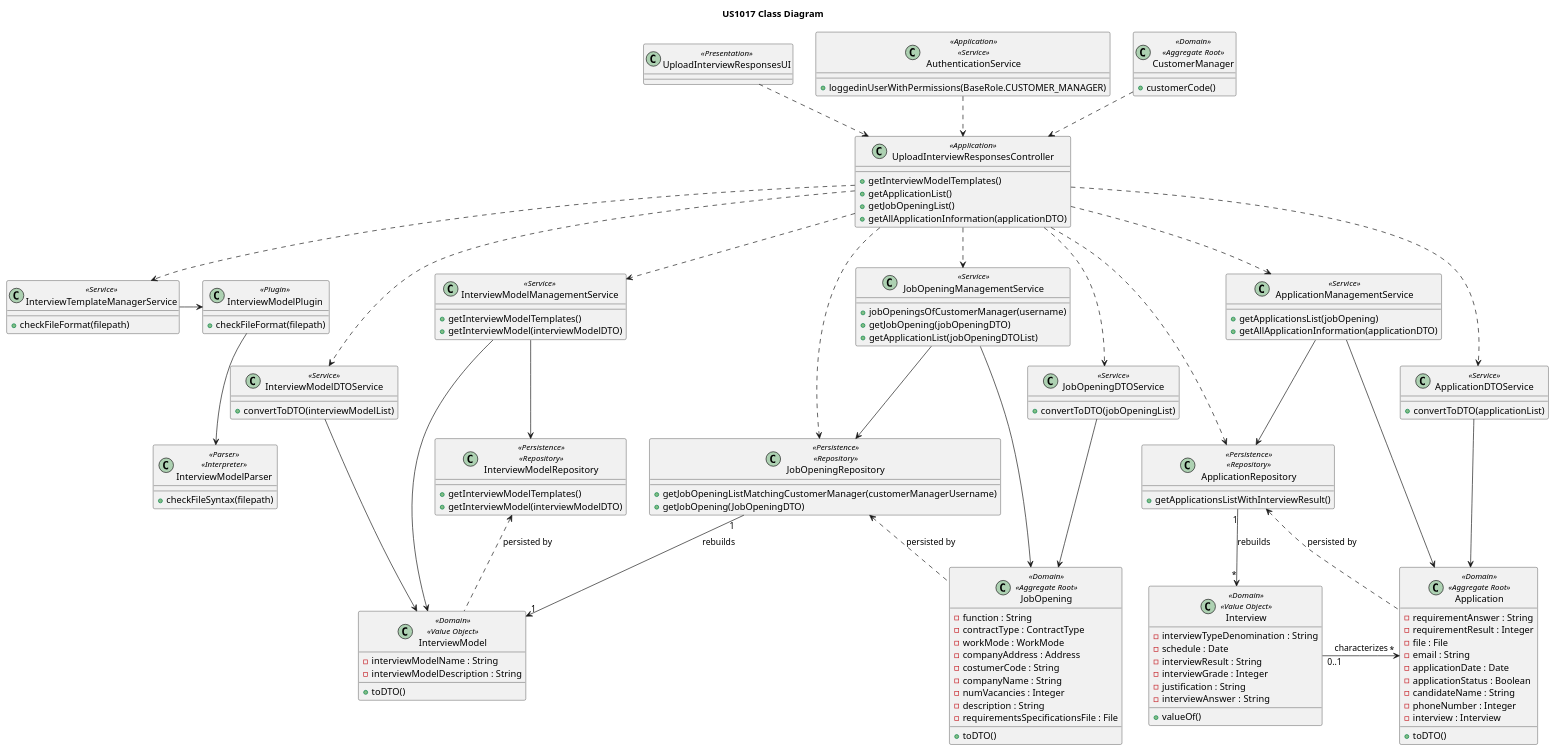
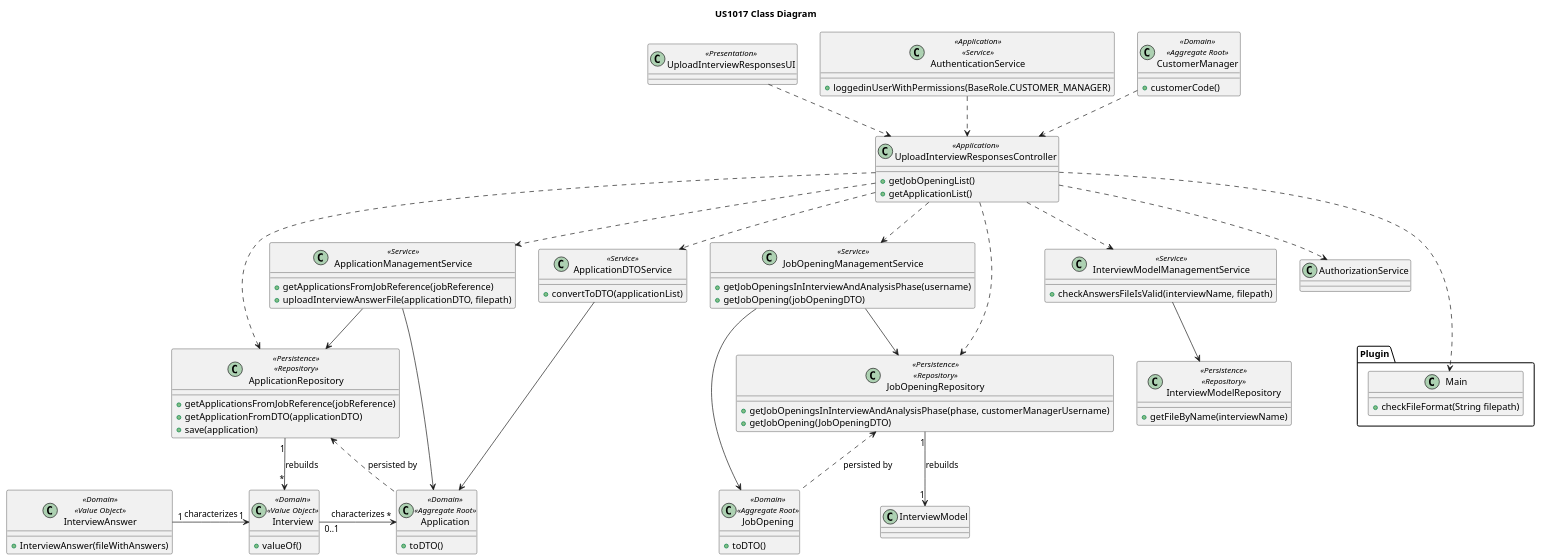
Before and after one commit to rita-barbosa/LAPR4-2324: the diagram in docs/sprint-c/us_1017/CD/US1017_CD.puml, drawn with PlantUML. The commit also changed 5 other files, not shown here.

```diff
--- a/docs/sprint-c/us_1017/CD/US1017_CD.puml
+++ b/docs/sprint-c/us_1017/CD/US1017_CD.puml
@@ -1,169 +1,116 @@
 @startuml US1017_CD
 title US1017 Class Diagram
 
 'package "Presentation" {
     class UploadInterviewResponsesUI <<Presentation>> {
     }
 '}
 
 'package "Application" {
     class UploadInterviewResponsesController <<Application>> {
-        + getInterviewModelTemplates()
+        + getJobOpeningList()
         + getApplicationList()
-        + getJobOpeningList()
-        + getAllApplicationInformation(applicationDTO)
     }
 '}
 
 class JobOpeningManagementService <<Service>> {
-+ jobOpeningsOfCustomerManager(username)
+    + getJobOpeningsInInterviewAndAnalysisPhase(username)
     + getJobOpening(jobOpeningDTO)
-    + getApplicationList(jobOpeningDTOList)
 }
 
 class InterviewModelManagementService <<Service>> {
-    + getInterviewModelTemplates()
-    + getInterviewModel(interviewModelDTO)
-}
-
-class InterviewModelDTOService <<Service>> {
-    + convertToDTO(interviewModelList)
-}
-
-class JobOpeningDTOService <<Service>> {
-    + convertToDTO(jobOpeningList)
+    + checkAnswersFileIsValid(interviewName, filepath)
 }
 
 class ApplicationManagementService <<Service>> {
-    + getApplicationsList(jobOpening)
-    + getAllApplicationInformation(applicationDTO)
+    + getApplicationsFromJobReference(jobReference)
+    + uploadInterviewAnswerFile(applicationDTO, filepath)
 }
 
 class ApplicationDTOService <<Service>> {
     + convertToDTO(applicationList)
 }
-
-class InterviewTemplateManagerService <<Service>> {
-    + checkFileFormat(filepath)
-}
-
-class InterviewModelPlugin <<Plugin>> {
-    + checkFileFormat(filepath)
-}
-
-class InterviewModelParser <<Parser>> <<Interpreter>> {
-    + checkFileSyntax(filepath)
-}
-
 
     class AuthenticationService <<Application>> <<Service>> {
         + loggedinUserWithPermissions(BaseRole.CUSTOMER_MANAGER)
     }
 
     class CustomerManager <<Domain>> <<Aggregate Root>> {
         + customerCode()
     }
 
     class JobOpening <<Domain>> <<Aggregate Root>> {
-        - function : String
-        - contractType : ContractType
-        - workMode : WorkMode
-        - companyAddress : Address
-        - costumerCode : String
-        - companyName : String
-        - numVacancies : Integer
-        - description : String
-        - requirementsSpecificationsFile : File
         + toDTO()
     }
 
     class Application <<Domain>> <<Aggregate Root>> {
-        - requirementAnswer : String
-        - requirementResult : Integer
-        - file : File
-        - email : String
-        - applicationDate : Date
-        - applicationStatus : Boolean
-        - candidateName : String
-        - phoneNumber : Integer
-        - interview : Interview
         + toDTO()
     }
 
     class Interview <<Domain>> <<Value Object>> {
-        - interviewTypeDenomination : String
-        - schedule : Date
-        - interviewResult : String
-        - interviewGrade : Integer
-        - justification : String
-        - interviewAnswer :  String
         + valueOf()
     }
 
-    class InterviewModel <<Domain>> <<Value Object>> {
-        - interviewModelName : String
-        - interviewModelDescription : String
-
-        + toDTO()
-    }
+    class InterviewAnswer <<Domain>> <<Value Object>> {
+            + InterviewAnswer(fileWithAnswers)
+        }
 '}
 
 'package "Persistence" {
     class InterviewModelRepository <<Persistence>> <<Repository>> {
-        + getInterviewModelTemplates()
-        + getInterviewModel(interviewModelDTO)
+        + getFileByName(interviewName)
     }
 
     class JobOpeningRepository <<Persistence>> <<Repository>> {
-        + getJobOpeningListMatchingCustomerManager(customerManagerUsername)
+        + getJobOpeningsInInterviewAndAnalysisPhase(phase, customerManagerUsername)
         + getJobOpening(JobOpeningDTO)
     }
 
     class ApplicationRepository <<Persistence>> <<Repository>> {
-        + getApplicationsListWithInterviewResult()
+        + getApplicationsFromJobReference(jobReference)
+        + getApplicationFromDTO(applicationDTO)
+        + save(application)
     }
 
 '}
+
+package "Plugin" {
+    class Main {
+    + checkFileFormat(String filepath)
+    }
+}
 
 ' Associations
 CustomerManager ..> UploadInterviewResponsesController
 UploadInterviewResponsesUI ..> UploadInterviewResponsesController
 UploadInterviewResponsesController ..> JobOpeningRepository
 UploadInterviewResponsesController ..> ApplicationRepository
 UploadInterviewResponsesController ..> ApplicationManagementService
 UploadInterviewResponsesController ..> JobOpeningManagementService
-UploadInterviewResponsesController ..> JobOpeningDTOService
 UploadInterviewResponsesController ..> ApplicationDTOService
 UploadInterviewResponsesController ..> InterviewModelManagementService
-UploadInterviewResponsesController ..> InterviewModelDTOService
-UploadInterviewResponsesController ..> InterviewTemplateManagerService
-
+UploadInterviewResponsesController ..> AuthorizationService
 
 ' Domain Layer
 Interview "0..1" -> "*" Application : characterizes
+InterviewAnswer "1" -> "1" Interview : characterizes
 JobOpeningManagementService --> JobOpeningRepository
 JobOpeningManagementService --> JobOpening
 ApplicationManagementService --> Application
 ApplicationManagementService --> ApplicationRepository
 ApplicationDTOService --> Application
-JobOpeningDTOService --> JobOpening
-InterviewModelManagementService --> InterviewModel
 InterviewModelManagementService --> InterviewModelRepository
-InterviewModelDTOService --> InterviewModel
-InterviewTemplateManagerService -> InterviewModelPlugin
-InterviewModelPlugin --> InterviewModelParser
 
 
 ' Persistence Layer
 JobOpeningRepository "1" --> "1" InterviewModel : rebuilds
 JobOpeningRepository <.. JobOpening : persisted by
 
 ApplicationRepository <.. Application : persisted by
 ApplicationRepository "1" --> "*" Interview : rebuilds
 
-InterviewModelRepository <.. InterviewModel : persisted by
-
 ' Authentication
 AuthenticationService ..> UploadInterviewResponsesController
+UploadInterviewResponsesController ...> Main
 
 @enduml
```
